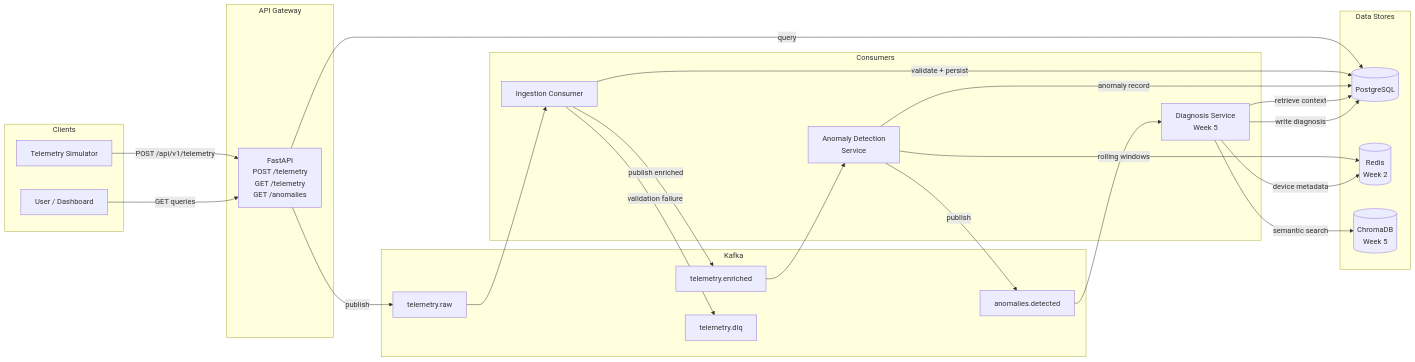
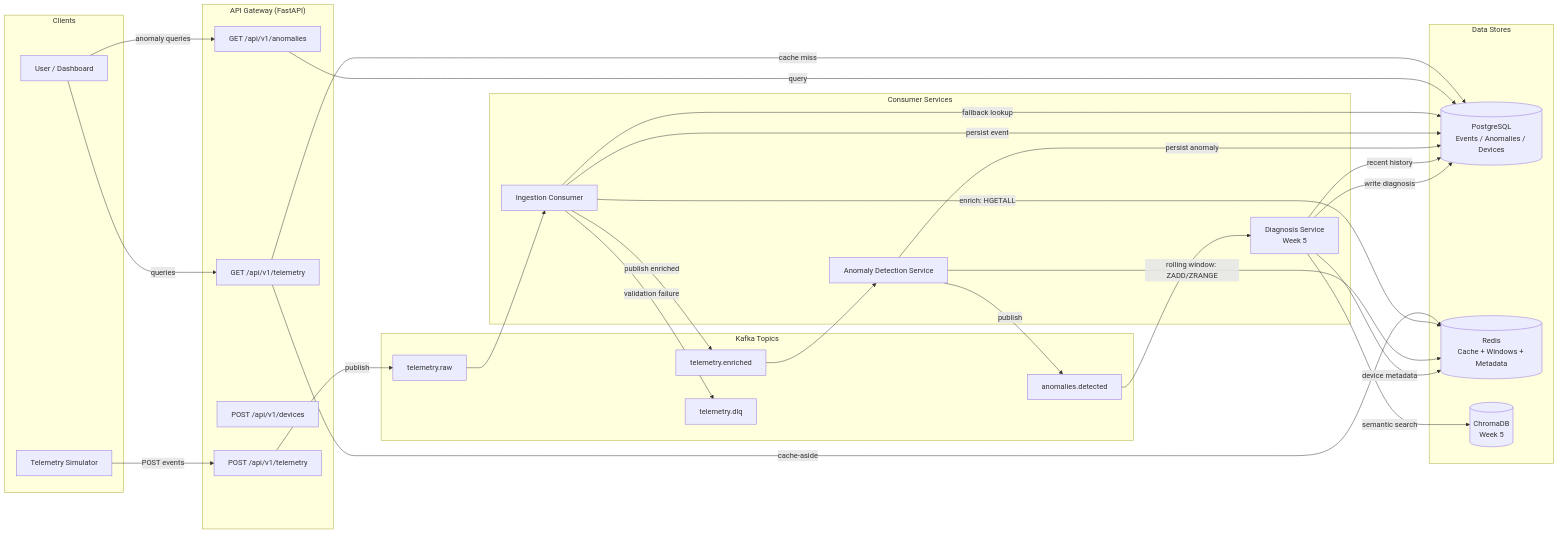
The diagram in README.md (lyngotm/telemetry-intel-platform), drawn with Mermaid before and after one commit. The commit also changed other lines of this file and 28 other files, not shown here.

First line of the commit message:
feat: Redis integration + Anomaly Detection Service

````diff
--- a/README.md
+++ b/README.md
@@ -13,51 +13,65 @@
 ```mermaid
 flowchart LR
     subgraph Clients
         SIM[Telemetry Simulator]
         USER[User / Dashboard]
     end
 
-    subgraph API Gateway
-        API[FastAPI<br/>POST /telemetry<br/>GET /telemetry<br/>GET /anomalies]
+    subgraph API["API Gateway (FastAPI)"]
+        POST_T[POST /api/v1/telemetry]
+        GET_T[GET /api/v1/telemetry]
+        POST_D[POST /api/v1/devices]
+        GET_A[GET /api/v1/anomalies]
     end
 
-    subgraph Kafka
+    subgraph Kafka["Kafka Topics"]
         RAW[telemetry.raw]
         ENRICHED[telemetry.enriched]
         DLQ[telemetry.dlq]
-        ANOMALIES[anomalies.detected]
+        ANOM_TOPIC[anomalies.detected]
     end
 
-    subgraph Consumers
+    subgraph Consumers["Consumer Services"]
         IC[Ingestion Consumer]
-        AD[Anomaly Detection<br/>Service]
+        AD[Anomaly Detection Service]
         DS[Diagnosis Service<br/>Week 5]
     end
 
-    subgraph Data Stores
-        PG[(PostgreSQL)]
-        REDIS[(Redis<br/>Week 2)]
+    subgraph Data["Data Stores"]
+        PG[(PostgreSQL<br/>Events / Anomalies / Devices)]
+        REDIS[(Redis<br/>Cache + Windows + Metadata)]
         CHROMA[(ChromaDB<br/>Week 5)]
     end
 
-    SIM -->|POST /api/v1/telemetry| API
-    USER -->|GET queries| API
-    API -->|publish| RAW
-    API -->|query| PG
+    %% Client → API
+    SIM -->|POST events| POST_T
+    USER -->|queries| GET_T
+    USER -->|anomaly queries| GET_A
 
+    %% API → Kafka / Data
+    POST_T -->|publish| RAW
+    GET_T -->|cache-aside| REDIS
+    GET_T -->|cache miss| PG
+    GET_A -->|query| PG
+
+    %% Ingestion Consumer
     RAW --> IC
-    IC -->|validate + persist| PG
+    IC -->|enrich: HGETALL| REDIS
+    IC -->|fallback lookup| PG
+    IC -->|persist event| PG
     IC -->|publish enriched| ENRICHED
     IC -->|validation failure| DLQ
 
+    %% Anomaly Detection
     ENRICHED --> AD
-    AD -->|rolling windows| REDIS
-    AD -->|anomaly record| PG
-    AD -->|publish| ANOMALIES
+    AD -->|rolling window: ZADD/ZRANGE| REDIS
+    AD -->|persist anomaly| PG
+    AD -->|publish| ANOM_TOPIC
 
-    ANOMALIES --> DS
-    DS -->|retrieve context| PG
+    %% Diagnosis (Week 5)
+    ANOM_TOPIC --> DS
+    DS -->|recent history| PG
     DS -->|device metadata| REDIS
     DS -->|semantic search| CHROMA
     DS -->|write diagnosis| PG
 ```
````
